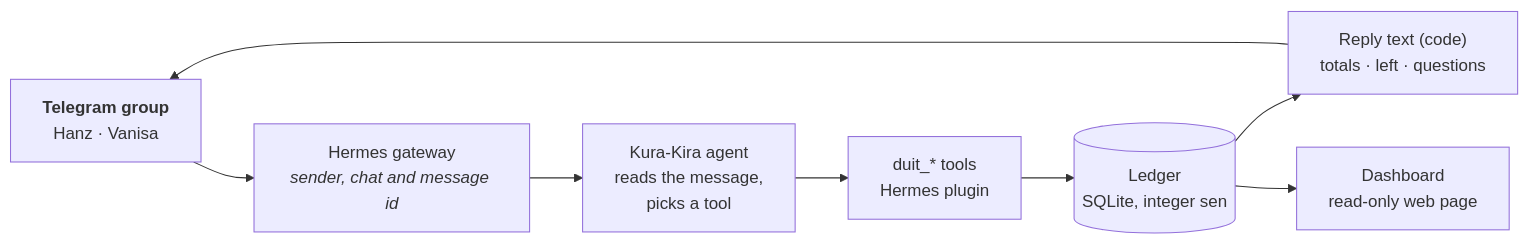
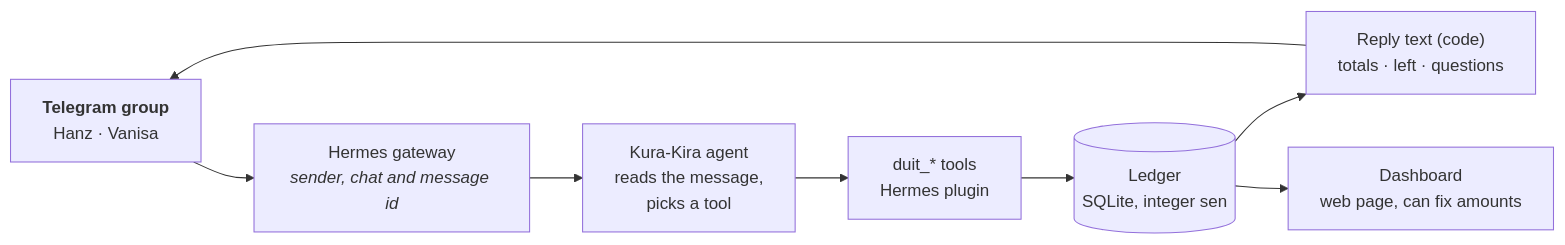
One commit to hanzong111/Kura-Kira changed the diagram in README.md. Above: the diagram before and after it, drawn with Mermaid. The commit also changed other lines of this file, not shown here.

First line of the commit message:
docs: README covers the desktop and phone layouts and editing from the dashboard

````diff
--- a/README.md
+++ b/README.md
@@ -76,10 +76,10 @@
 ```mermaid
 flowchart LR
     G["<b>Telegram group</b><br/>Hanz · Vanisa"] --> H["Hermes gateway<br/><i>sender, chat and message id</i>"]
     H --> A["Kura-Kira agent<br/>reads the message,<br/>picks a tool"]
     A --> T["duit_* tools<br/>Hermes plugin"]
     T --> L[("Ledger<br/>SQLite, integer sen")]
     L --> R["Reply text (code)<br/>totals · left · questions"]
     R --> G
-    L --> D["Dashboard<br/>read-only web page"]
+    L --> D["Dashboard<br/>web page, can fix amounts"]
 ```
````
